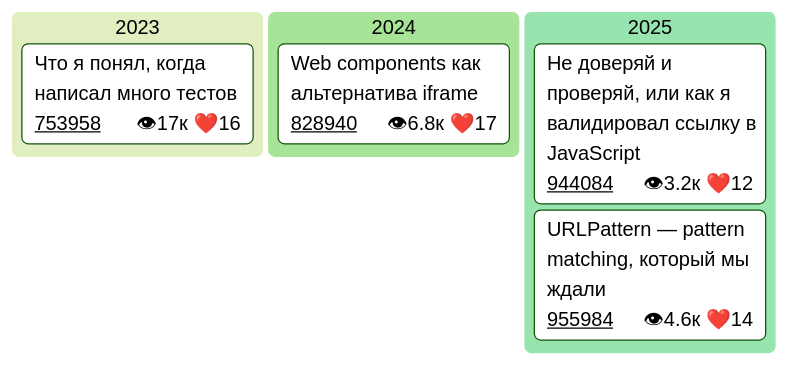
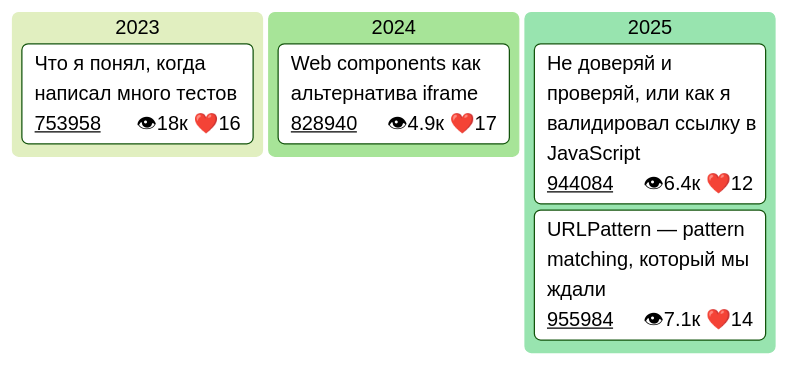
Before and after one commit to Goodzonchik/Goodzonchik: the fourth of 4 diagrams in README.md, drawn with Mermaid (forest theme).

````diff
--- a/README.md
+++ b/README.md
@@ -52,28 +52,28 @@
 ```mermaid
 ---
 config:
   kanban:
     ticketBaseUrl: 'https://habr.com/ru/companies/tbank/articles/#TICKET#'
 
 ---
 kanban
   2023
     card1["Что я понял, когда написал много тестов"]@{
       ticket: 753958
-      assigned: 👁17к ❤️16
+      assigned: 👁18к ❤️16
     }
   2024
     card2["Web components как альтернатива iframe"]@{
       ticket: 828940
-      assigned: 👁6.8к ❤️17
+      assigned: 👁4.9к ❤️17
     }
   2025
     card3["Не доверяй и проверяй, или как я валидировал ссылку в JavaScript"]@{
       ticket: 944084
-      assigned: 👁3.2к ❤️12
+      assigned: 👁6.4к ❤️12
     }
    card4["URLPattern — pattern matching, который мы ждали"]@{
       ticket: 955984
-      assigned: 👁4.6к ❤️14
+      assigned: 👁7.1к ❤️14
     }
 ```
````
